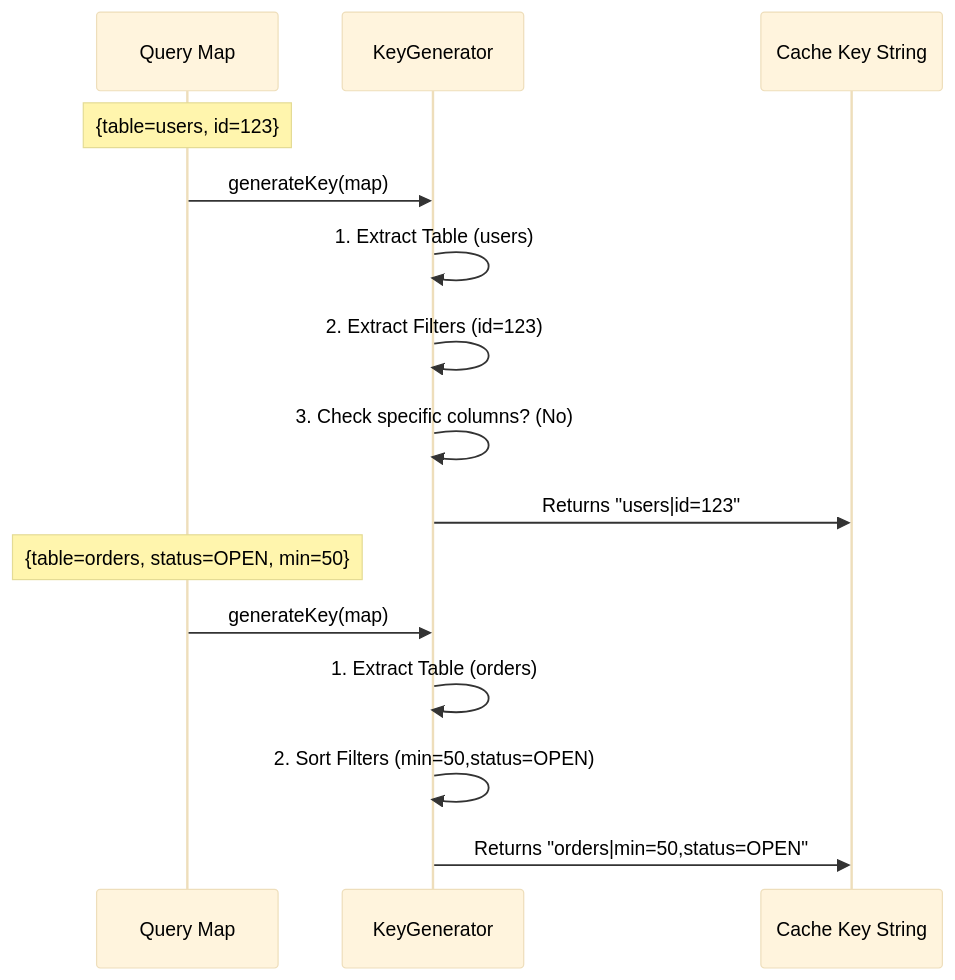
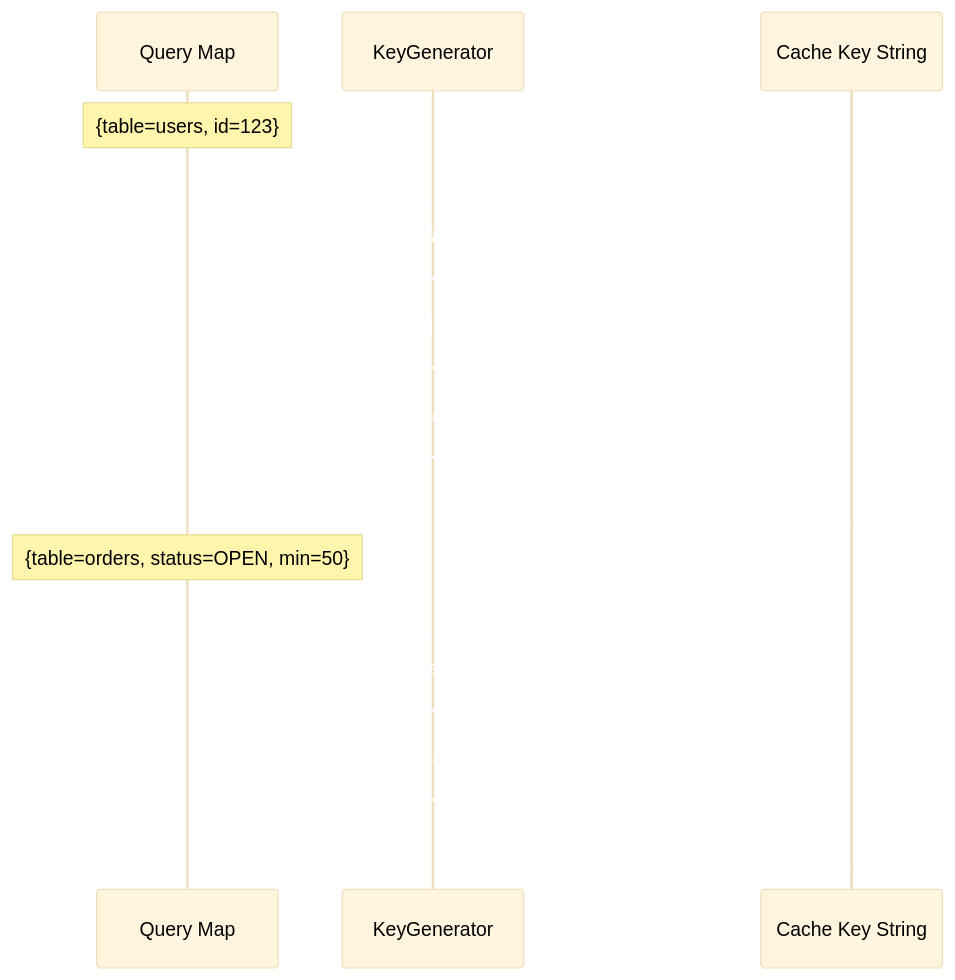
One commit to pradhyu/query-cache-service changed the second of 2 diagrams in README.md. Above: the diagram before and after it, drawn with Mermaid. The commit also changed other lines of this file, not shown here.

Commit message:
Optimize diagrams for dark backgrounds (white arrows)

````diff
--- a/README.md
+++ b/README.md
@@ -50,20 +50,20 @@
 ```mermaid
-%%{init: {'theme': 'base', 'themeVariables': { 'signalTextColor': '#000000', 'actorTextColor': '#000000', 'noteTextColor': '#000000'}}}%%
+%%{init: {'theme': 'base', 'themeVariables': { 'signalColor': '#ffffff', 'signalTextColor': '#ffffff', 'actorTextColor': '#000000', 'noteTextColor': '#000000'}}}%%
 sequenceDiagram
     participant Query as Query Map
     participant KG as KeyGenerator
     participant Key as Cache Key String
     
     Note over Query: {table=users, id=123}
     Query->>KG: generateKey(map)
     KG->>KG: 1. Extract Table (users)
     KG->>KG: 2. Extract Filters (id=123)
     KG->>KG: 3. Check specific columns? (No)
     KG->>Key: Returns "users|id=123"
     
     Note over Query: {table=orders, status=OPEN, min=50}
     Query->>KG: generateKey(map)
     KG->>KG: 1. Extract Table (orders)
     KG->>KG: 2. Sort Filters (min=50,status=OPEN)
     KG->>Key: Returns "orders|min=50,status=OPEN"
 ```
````
